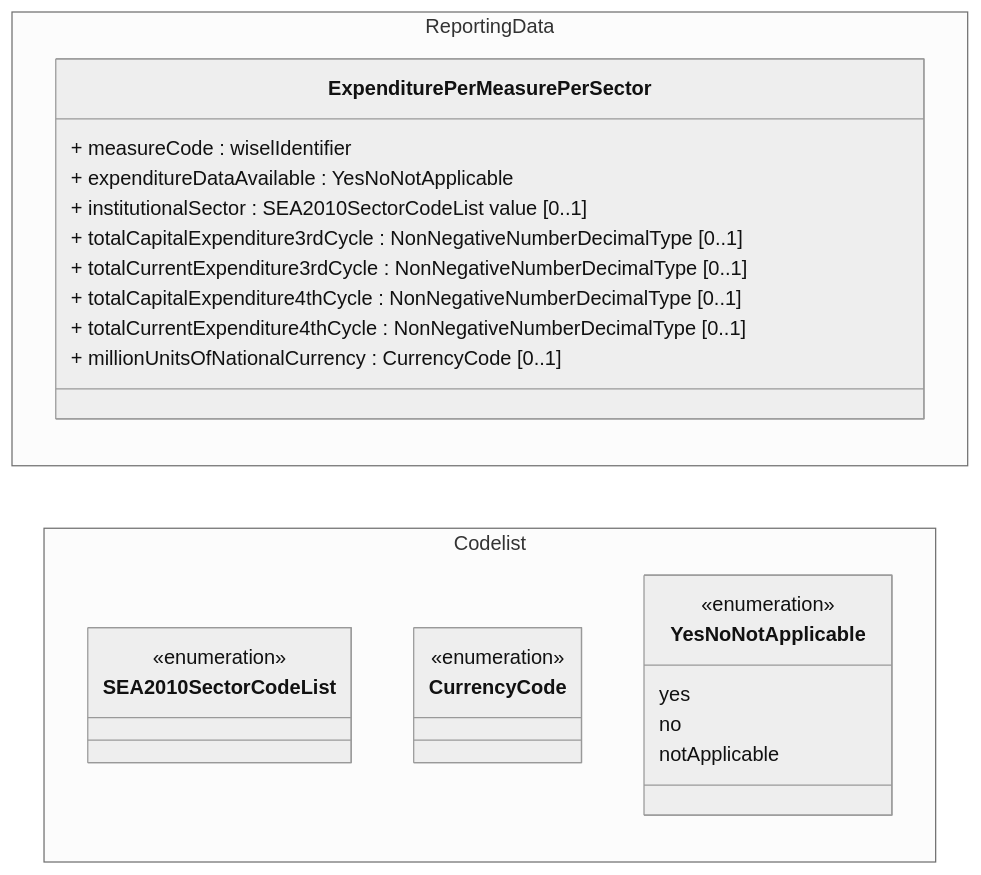
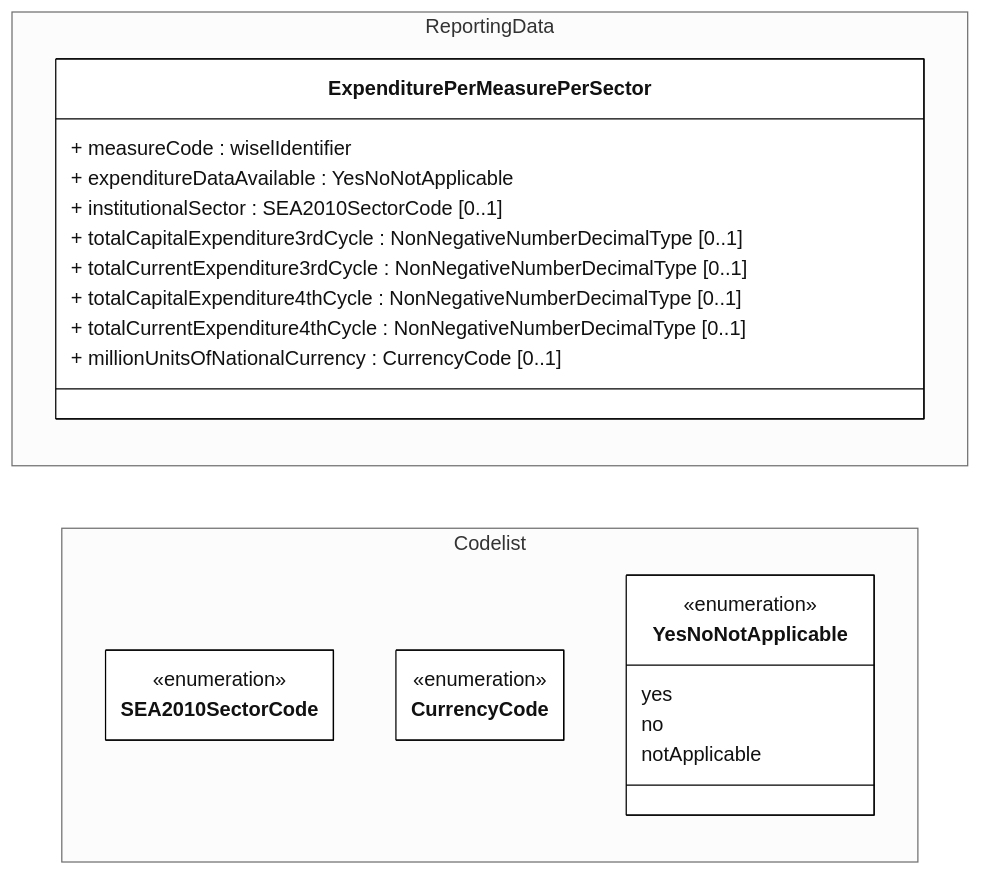
The diagram in docs/DataModelReview/mmd/Measures_ExpenditurePerMeasurePerSector_4thCycle_ClassDiagram.mmd (eeadata/WISE.WFD.Documentation), drawn with Mermaid before and after one commit. The commit also changed 17 other files, not shown here.

Commit message:
Revised diagrams

```diff
--- a/docs/DataModelReview/mmd/Measures_ExpenditurePerMeasurePerSector_4thCycle_ClassDiagram.mmd
+++ b/docs/DataModelReview/mmd/Measures_ExpenditurePerMeasurePerSector_4thCycle_ClassDiagram.mmd
@@ -1,32 +1,42 @@
-%%{init : {'theme' : 'neutral'}}%%
+---
+config:
+  class:
+    hideEmptyMembersBox: true
+  layout: dagre
+  theme: neutral
+---
 classDiagram
 direction LR
 namespace ReportingData{
 class ExpenditurePerMeasurePerSector {
  + measureCode : wiselIdentifier
  + expenditureDataAvailable : YesNoNotApplicable
- + institutionalSector : SEA2010SectorCodeList value [0..1]
+ + institutionalSector : SEA2010SectorCode [0..1]
 
  + totalCapitalExpenditure3rdCycle : NonNegativeNumberDecimalType [0..1]
  + totalCurrentExpenditure3rdCycle : NonNegativeNumberDecimalType [0..1]
 
  + totalCapitalExpenditure4thCycle : NonNegativeNumberDecimalType [0..1]
  + totalCurrentExpenditure4thCycle : NonNegativeNumberDecimalType [0..1]
 
  + millionUnitsOfNationalCurrency : CurrencyCode [0..1]
 }
 }
 namespace Codelist{
-class SEA2010SectorCodeList{
+class SEA2010SectorCode{
     <<enumeration>>
     }
 class CurrencyCode{
     <<enumeration>>
     }
 class YesNoNotApplicable{
     <<enumeration>>
     yes
     no
     notApplicable
     }
 }
+
+
+classDef default fill:white,stroke:#000;
+classDef forFixing fill:white,stroke:#f00;
```
